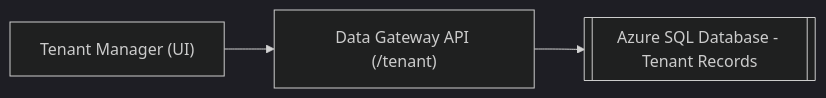
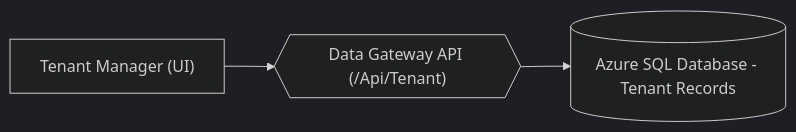
Before and after one commit to Software-Hardware-Integration-Lab/Documentation: the second of 2 diagrams in docs/Data-Gateway/Usage-Guide/index.md, drawn with Mermaid (dark theme). The commit also changed other lines of this file and 2 other files, not shown here.

First line of the commit message:
Fix Charts + API Routes

````diff
--- a/docs/Data-Gateway/Usage-Guide/index.md
+++ b/docs/Data-Gateway/Usage-Guide/index.md
@@ -68,5 +68,5 @@
 ```mermaid
 flowchart LR
-  UI["Tenant Manager (UI)"] --> API["Data Gateway API (/tenant)"]
-  API --> SQL[["Azure SQL Database - Tenant Records"]]
+  UI["Tenant Manager (UI)"] --> API{{"Data Gateway API (/Api/Tenant)"}}
+  API --> SQL[("Azure SQL Database - Tenant Records")]
 ```
````
